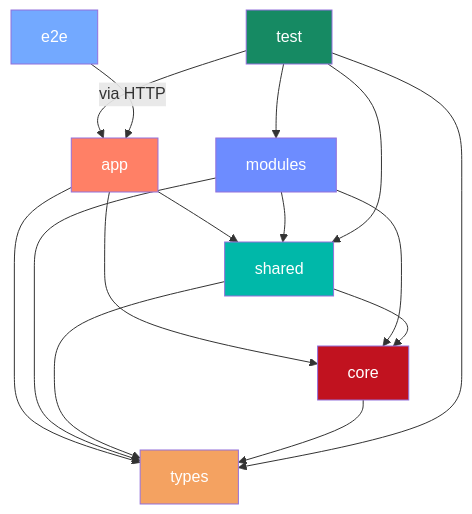
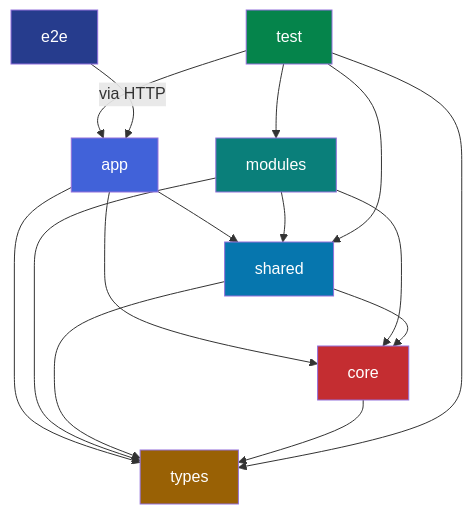
Before and after one commit to andre-menezes/vue-template: the first of 2 diagrams in docs/ARCHITECTURE-GUIDE.md, drawn with Mermaid.

Commit message:
docs: atualizar as cores do diagrama de camadas para a nova paleta

````diff
--- a/docs/ARCHITECTURE-GUIDE.md
+++ b/docs/ARCHITECTURE-GUIDE.md
@@ -49,25 +49,25 @@
 ```mermaid
 graph TD
   APP[app] --> SHARED[shared]
   APP --> CORE[core]
   APP --> TYPES[types]
   MODULES[modules] --> SHARED
   MODULES --> CORE
   MODULES --> TYPES
   SHARED --> CORE
   SHARED --> TYPES
   CORE --> TYPES
   TEST[test] --> APP
   TEST --> MODULES
   TEST --> SHARED
   TEST --> TYPES
   E2E[e2e] -->|via HTTP| APP
 
-  style APP fill:#FF8066,color:#fff
-  style MODULES fill:#6D8CFF,color:#fff
-  style SHARED fill:#00B8A9,color:#fff
-  style CORE fill:#C1121F,color:#fff
-  style TYPES fill:#F4A261,color:#fff
-  style TEST fill:#168A63,color:#fff
-  style E2E fill:#73A9FF,color:#fff
+  style APP fill:#4162D9,color:#fff
+  style MODULES fill:#0A7F7A,color:#fff
+  style SHARED fill:#0676AE,color:#fff
+  style CORE fill:#C42D31,color:#fff
+  style TYPES fill:#996105,color:#fff
+  style TEST fill:#05844B,color:#fff
+  style E2E fill:#263C8D,color:#fff
 ```
````
